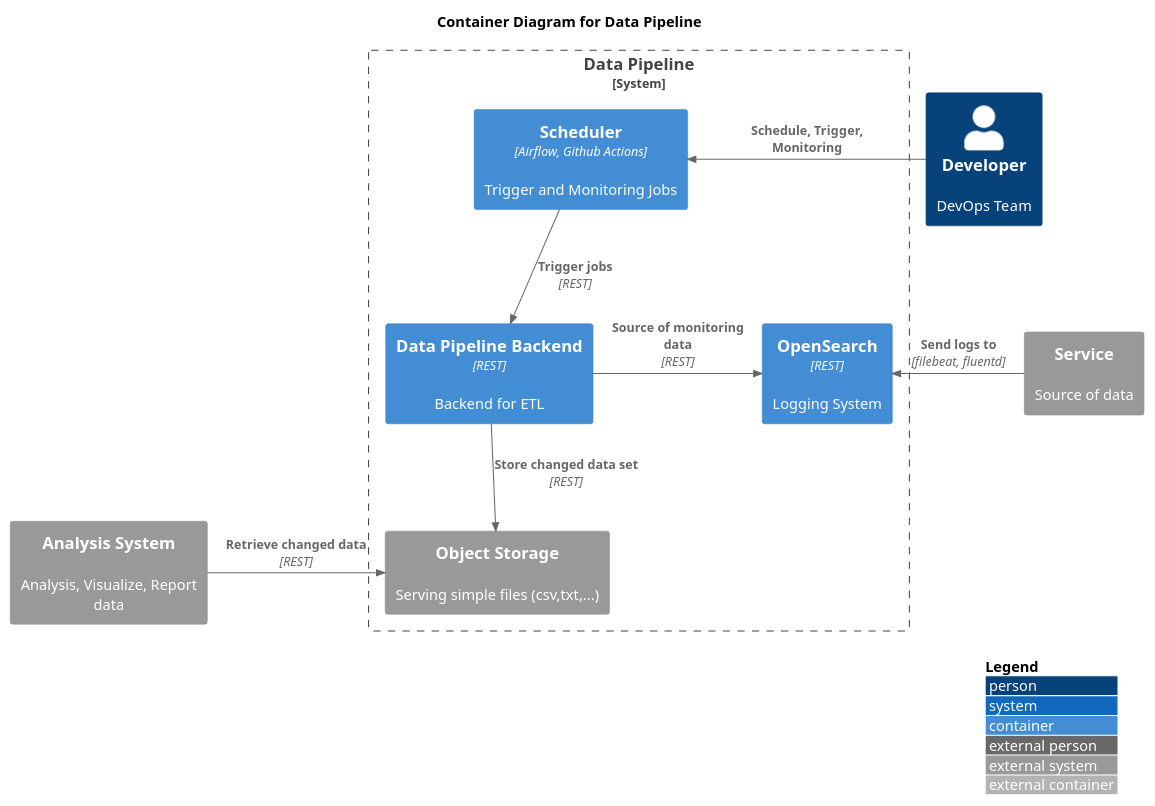
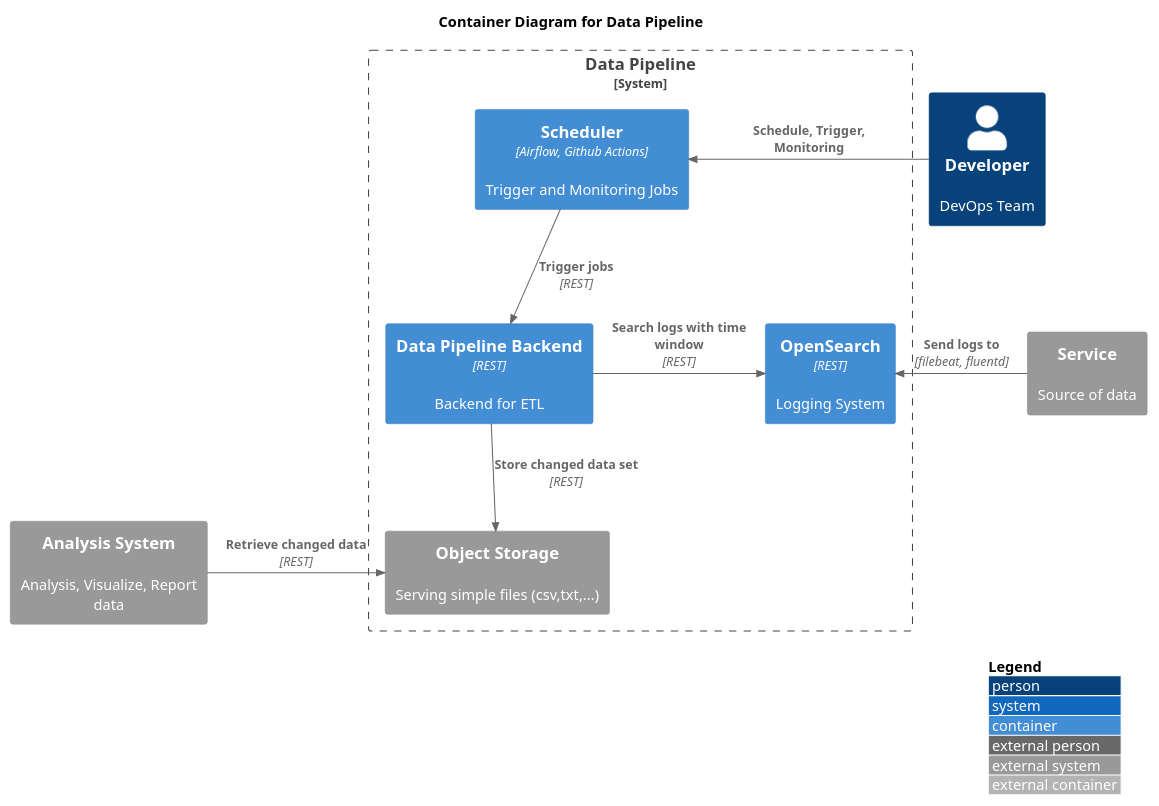
The second of 2 diagrams in _diary/2024-06-19.md (yanghoon/obsidian-workspace), drawn with PlantUML before and after one commit.

Commit message:
vault backup: 2024-06-21 19:40:03

````diff
--- a/_diary/2024-06-19.md
+++ b/_diary/2024-06-19.md
@@ -24,26 +24,26 @@
 ```plantuml
 !include <C4/C4_Container.puml>
 
 LAYOUT_WITH_LEGEND()
 
 title Container Diagram for Data Pipeline
 
 ' DB, Web Server, Application, Redis
 
 Person(developer, "Developer", "DevOps Team")
 System_Ext(analysis, "Analysis System", "Analysis, Visualize, Report data")
 System_Boundary(app, "Data Pipeline") {
   Container(scheduler, "Scheduler", "Airflow, Github Actions", "Trigger and Monitoring Jobs")
   Container(backend, "Data Pipeline Backend", "REST", "Backend for ETL")
   Container(logging, "OpenSearch", "REST", "Logging System")
   System_Ext(object_storage, "Object Storage", "Serving simple files (csv,txt,...)")
 }
 System_Ext(service, "Service", "Source of data")
 
 Rel_Right(analysis, object_storage, "Retrieve changed data", "REST")
-Rel_Right(backend, logging, "Source of monitoring data", "REST")
+Rel_Right(backend, logging, "Search logs with time window", "REST")
 Rel_Left(service, logging, "Send logs to", "filebeat, fluentd")
 Rel_Down(backend, object_storage, "Store changed data set", "REST")
 Rel_Down(scheduler, backend, "Trigger jobs", "REST")
 Rel_Left(developer, scheduler, "Schedule, Trigger, Monitoring")
 ```
````
